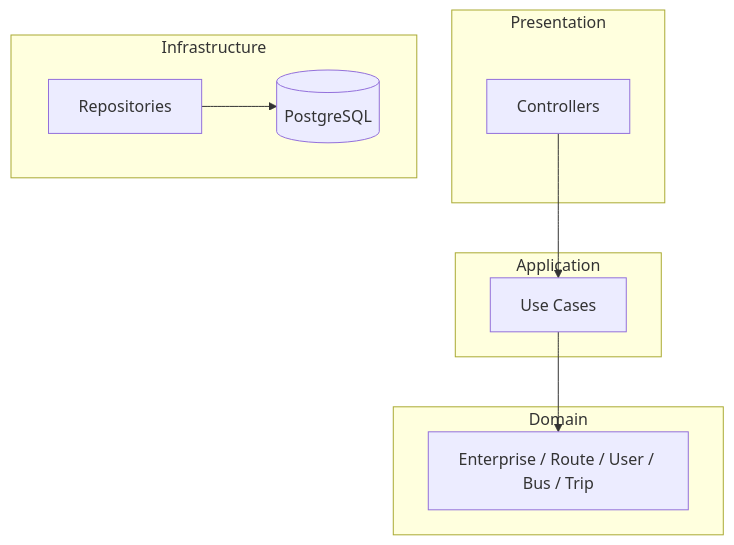
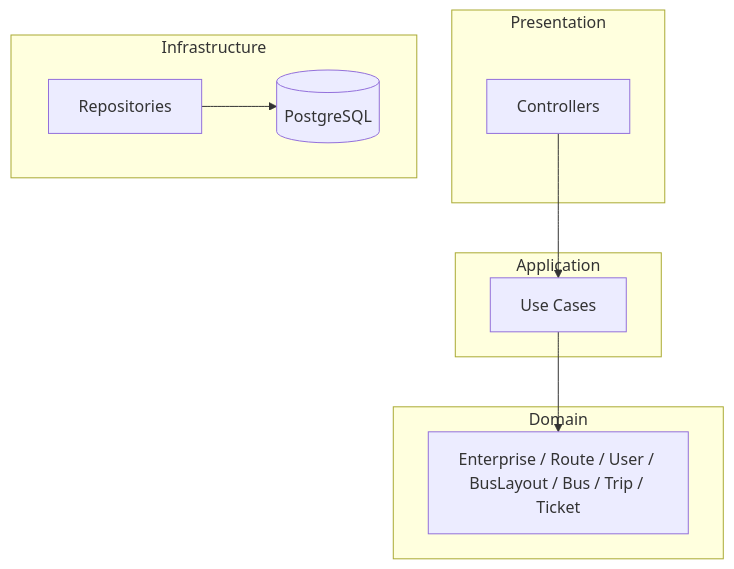
One commit to Agustin-Perezz/bus-system changed the diagram in docs/00_INDEX.md. Above: the diagram before and after it, drawn with Mermaid. The commit also changed other lines of this file and 3 other files, not shown here.

````diff
--- a/docs/00_INDEX.md
+++ b/docs/00_INDEX.md
@@ -20,23 +20,23 @@
 ```mermaid
 graph TB
     subgraph Presentation
         C[Controllers]
     end
 
     subgraph Application
         UC[Use Cases]
     end
 
     subgraph Domain
-        E[Enterprise / Route / User / Bus / Trip]
+        E[Enterprise / Route / User / BusLayout / Bus / Trip / Ticket]
     end
 
     subgraph Infrastructure
         DB[(PostgreSQL)]
         REP[Repositories]
     end
 
     C --> UC
     UC --> E
     REP --> DB
 ```
````
